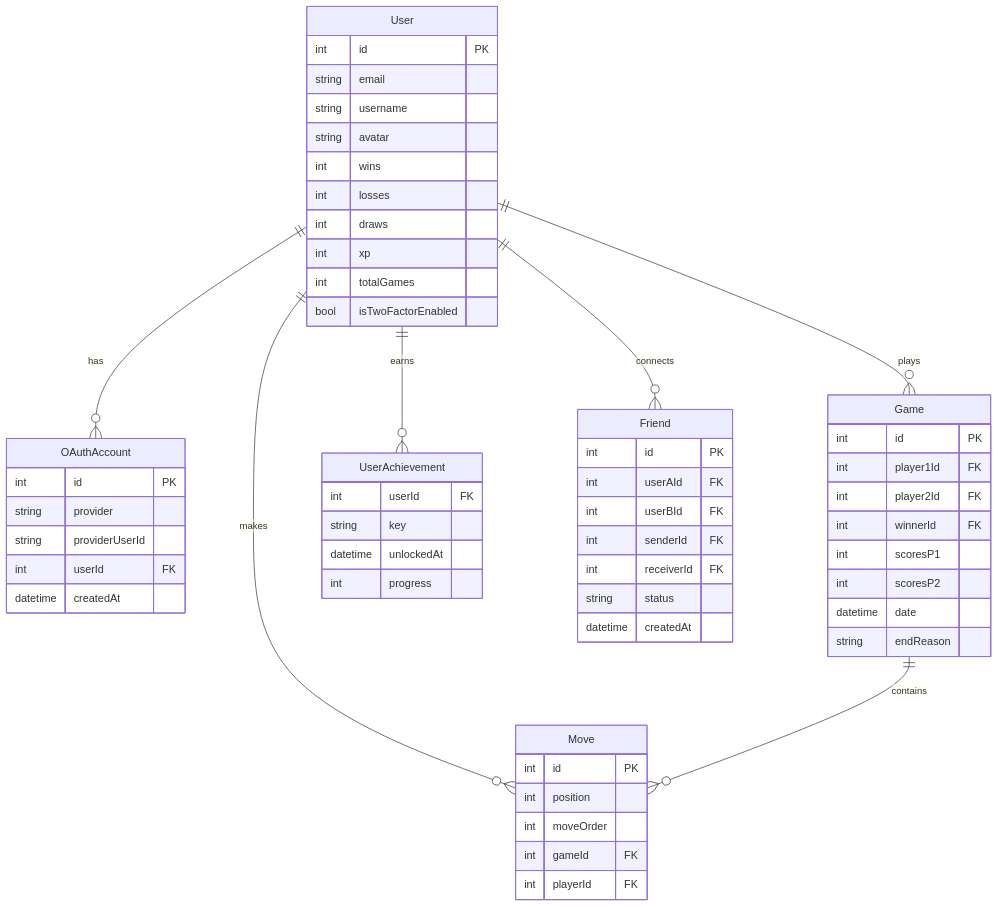
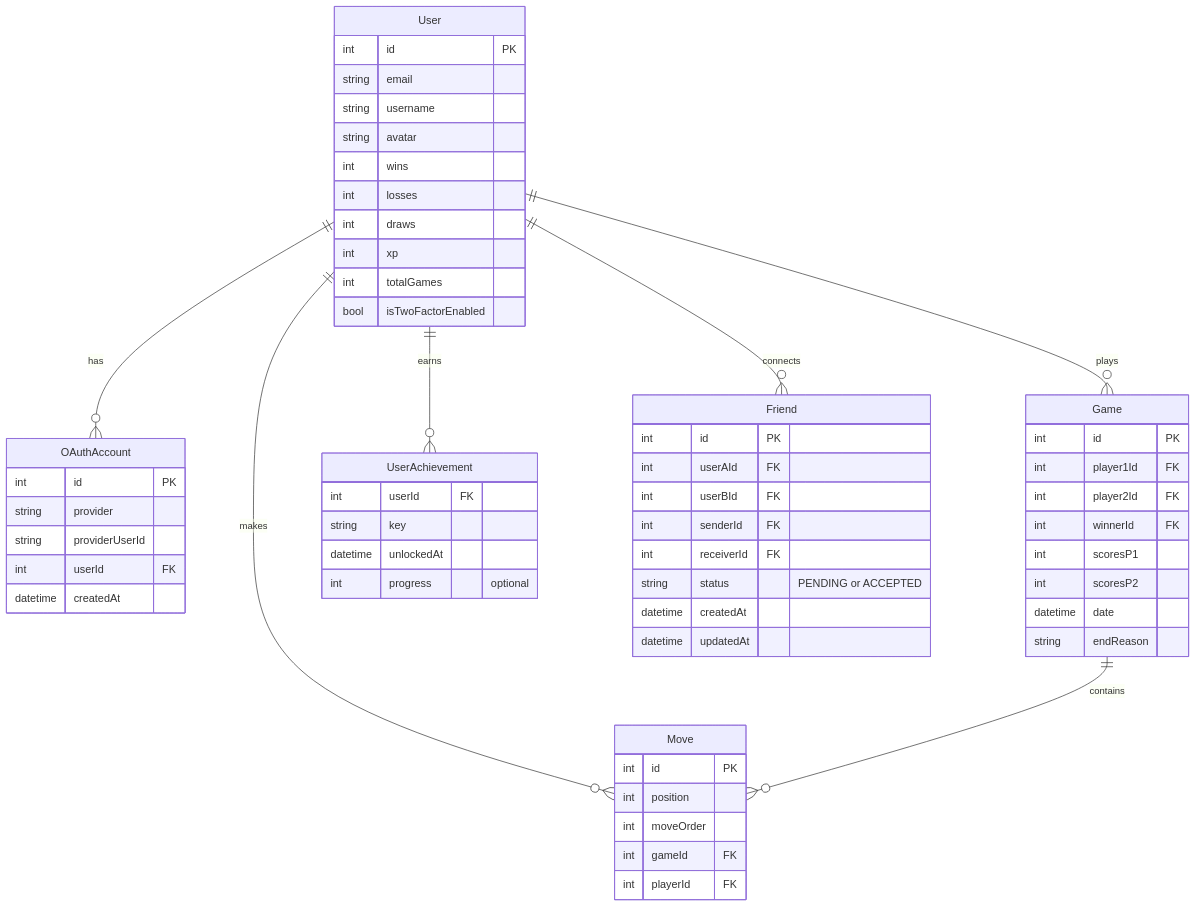
Before and after one commit to team-Segfault-Society-42/Ft_transcendence: the diagram in README.md, drawn with Mermaid.

Commit message:
documentation(Readme): correct ERD against actual Prisma schema
- Friend.updatedAt was missing
- Friend.status annotated as enum (PENDING or ACCEPTED)
- UserAchievement.progress marked optional

````diff
--- a/README.md
+++ b/README.md
@@ -232,61 +232,62 @@
 ```mermaid
 erDiagram
     User {
         int id PK
         string email
         string username
         string avatar
         int wins
         int losses
         int draws
         int xp
         int totalGames
         bool isTwoFactorEnabled
     }
     OAuthAccount {
         int id PK
         string provider
         string providerUserId
         int userId FK
         datetime createdAt
     }
     Game {
         int id PK
         int player1Id FK
         int player2Id FK
         int winnerId FK
         int scoresP1
         int scoresP2
         datetime date
         string endReason
     }
     Move {
         int id PK
         int position
         int moveOrder
         int gameId FK
         int playerId FK
     }
     UserAchievement {
         int userId FK
         string key
         datetime unlockedAt
-        int progress
+        int progress "optional"
     }
     Friend {
         int id PK
         int userAId FK
         int userBId FK
         int senderId FK
         int receiverId FK
-        string status
+        string status "PENDING or ACCEPTED"
         datetime createdAt
+        datetime updatedAt
     }
 
     User ||--o{ OAuthAccount : "has"
     User ||--o{ Game : "plays"
     User ||--o{ Move : "makes"
     User ||--o{ UserAchievement : "earns"
     User ||--o{ Friend : "connects"
     Game ||--o{ Move : "contains"
 ```
````
